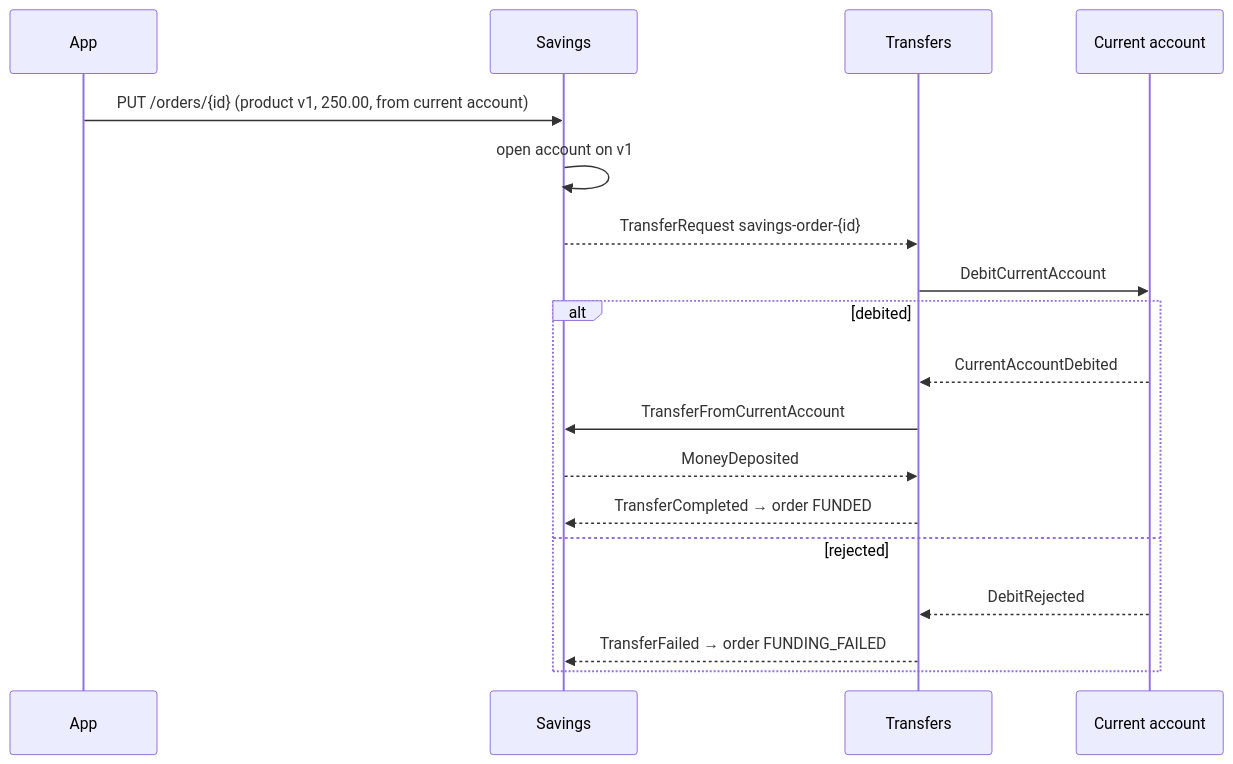
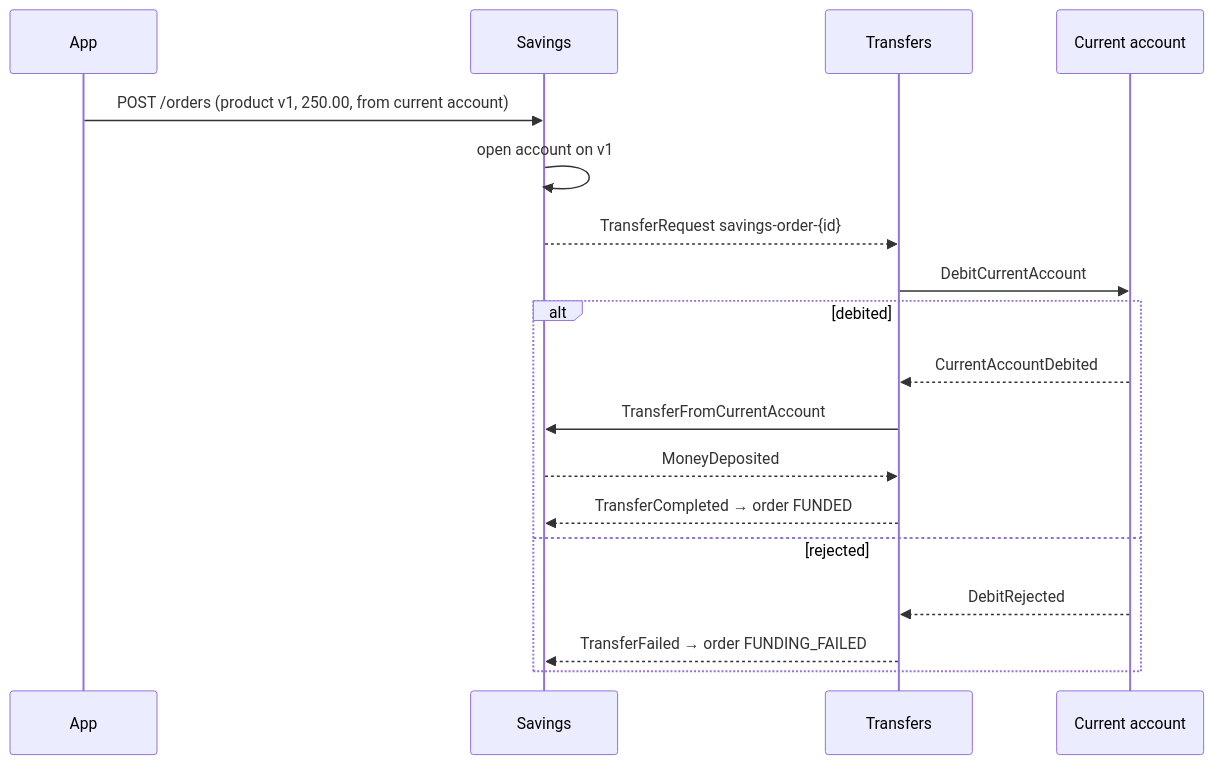
The second of 2 diagrams in README.md (Acidream/inv_sample), drawn with Mermaid before and after one commit. The commit also changed other lines of this file and 19 other files, not shown here.

````diff
--- a/README.md
+++ b/README.md
@@ -106,20 +106,20 @@
 ```mermaid
 sequenceDiagram
     participant App
     participant S as Savings
     participant T as Transfers
     participant C as Current account
-    App->>S: PUT /orders/{id} (product v1, 250.00, from current account)
+    App->>S: POST /orders (product v1, 250.00, from current account)
     S->>S: open account on v1
     S-->>T: TransferRequest savings-order-{id}
     T->>C: DebitCurrentAccount
     alt debited
         C-->>T: CurrentAccountDebited
         T->>S: TransferFromCurrentAccount
         S-->>T: MoneyDeposited
         T-->>S: TransferCompleted → order FUNDED
     else rejected
         C-->>T: DebitRejected
         T-->>S: TransferFailed → order FUNDING_FAILED
     end
 ```
````
